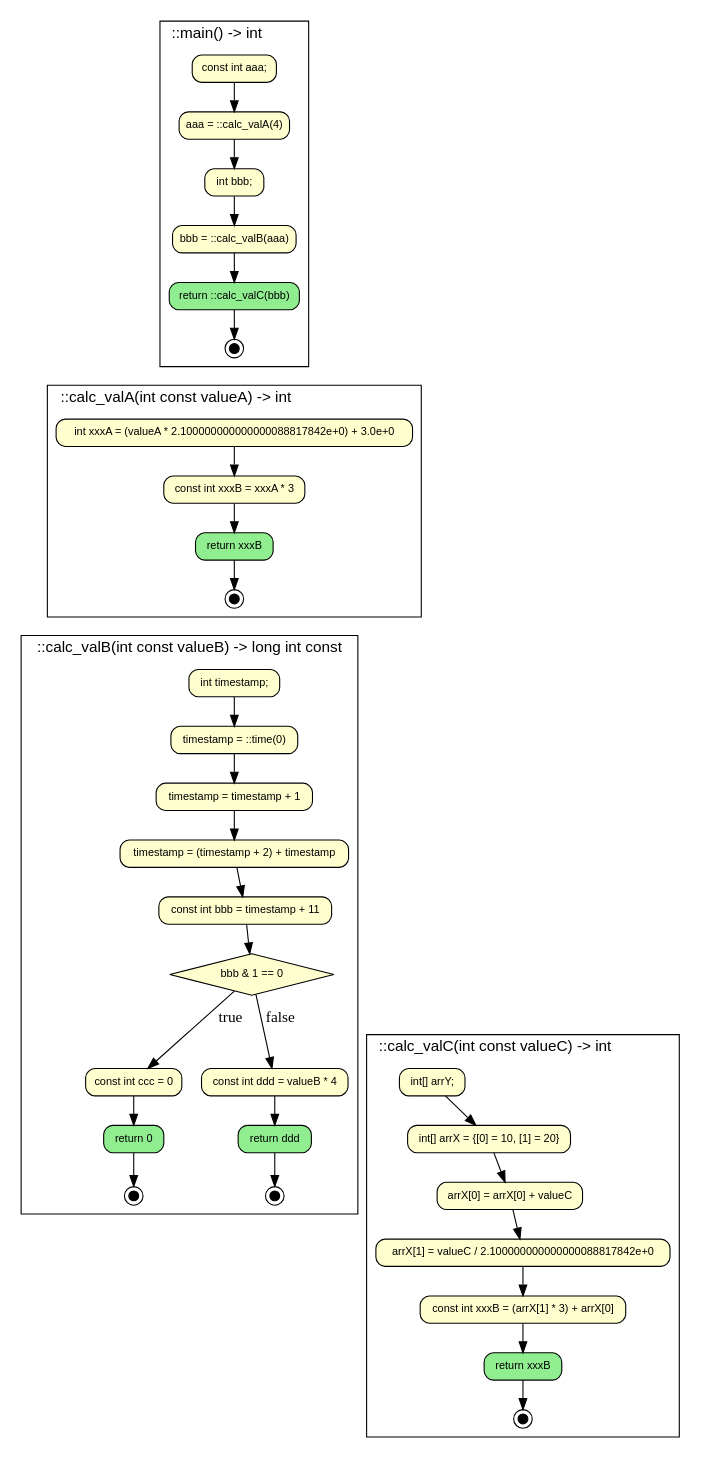
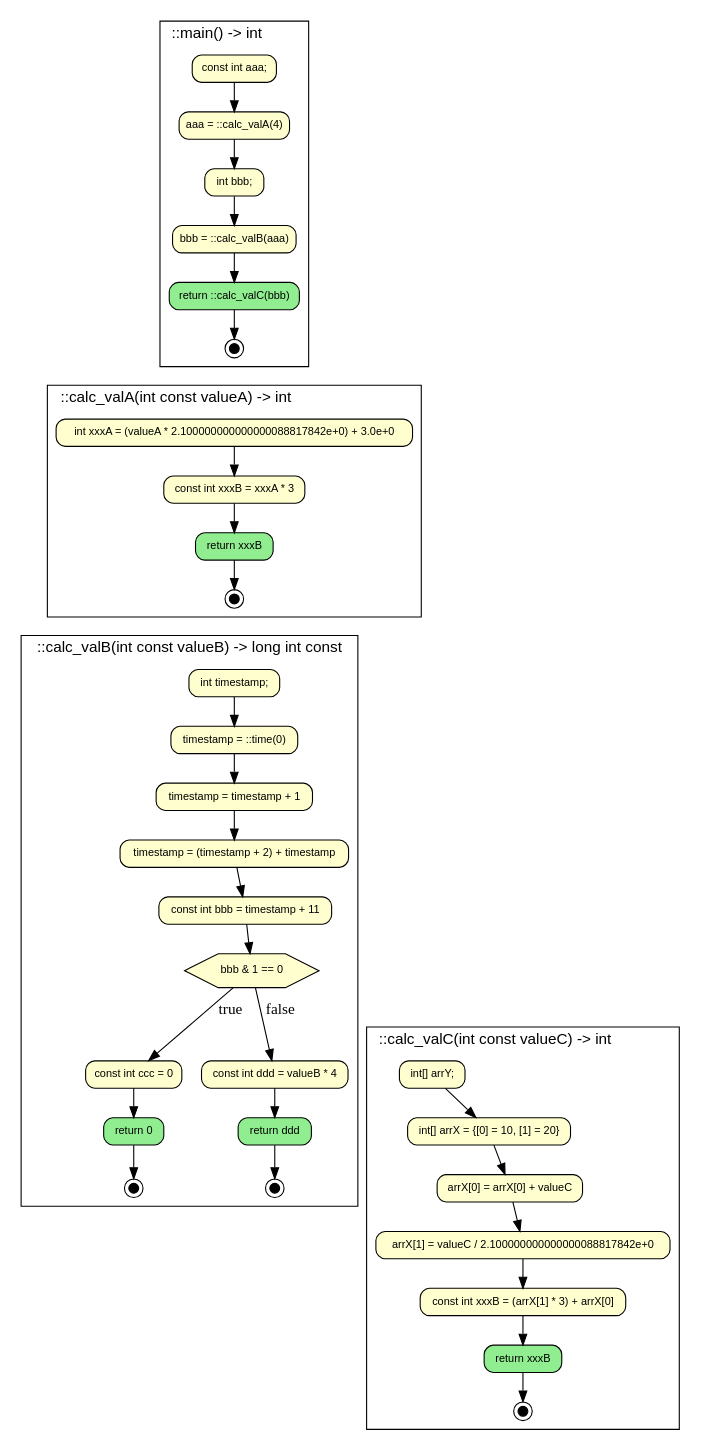
The diagram in examples/ctrlflowgraph/ctrl_main.cpp.dot (anetczuk/gcc-uml), drawn with Graphviz before and after one commit. The commit also changed 10 other files, not shown here.

```diff
--- a/examples/ctrlflowgraph/ctrl_main.cpp.dot
+++ b/examples/ctrlflowgraph/ctrl_main.cpp.dot
@@ -1,73 +1,73 @@
 digraph {
 	fontname="SansSerif,sans-serif" labeljust=l nojustify=true ranksep=0.35
 	node [fillcolor="#fefece" fontname="SansSerif,sans-serif" fontsize=10 height=0.35 shape=box style="filled, rounded"]
 	subgraph cluster_item_0 {
 		graph [label="::main() -> int"]
 		item_1 [label="const int aaa;"]
 		item_2 [label="aaa = ::calc_valA(4)"]
 		item_1 -> item_2
 		item_3 [label="int bbb;"]
 		item_2 -> item_3
 		item_4 [label="bbb = ::calc_valB(aaa)"]
 		item_3 -> item_4
 		item_5 [label="return ::calc_valC(bbb)" fillcolor=lightgreen]
 		item_6 [label="" fillcolor=black fixedsize=true height=0.12 shape=doublecircle size=0.1 width=0.12]
 		item_5 -> item_6
 		item_4 -> item_5
 	}
 	subgraph cluster_item_7 {
 		graph [label="::calc_valA(int const valueA) -> int"]
 		item_8 [label="int xxxA = (valueA * 2.100000000000000088817842e+0) + 3.0e+0"]
 		item_9 [label="const int xxxB = xxxA * 3"]
 		item_8 -> item_9
 		item_10 [label="return xxxB" fillcolor=lightgreen]
 		item_11 [label="" fillcolor=black fixedsize=true height=0.12 shape=doublecircle size=0.1 width=0.12]
 		item_10 -> item_11
 		item_9 -> item_10
 	}
 	item_6 -> item_8 [style=invis]
 	subgraph cluster_item_12 {
 		graph [label="::calc_valB(int const valueB) -> long int const"]
 		item_13 [label="int timestamp;"]
 		item_14 [label="timestamp = ::time(0)"]
 		item_13 -> item_14
 		item_15 [label="timestamp = timestamp + 1"]
 		item_14 -> item_15
 		item_16 [label="timestamp = (timestamp + 2) + timestamp"]
 		item_15 -> item_16
 		item_17 [label="const int bbb = timestamp + 11"]
 		item_16 -> item_17
-		item_18 [label="bbb & 1 == 0" shape=diamond style=filled]
+		item_18 [label="bbb & 1 == 0" shape=hexagon style=filled]
 		item_19 [label="const int ccc = 0"]
 		item_20 [label="return 0" fillcolor=lightgreen]
 		item_21 [label="" fillcolor=black fixedsize=true height=0.12 shape=doublecircle size=0.1 width=0.12]
 		item_20 -> item_21
 		item_19 -> item_20
 		item_22 [label="const int ddd = valueB * 4"]
 		item_23 [label="return ddd" fillcolor=lightgreen]
 		item_24 [label="" fillcolor=black fixedsize=true height=0.12 shape=doublecircle size=0.1 width=0.12]
 		item_23 -> item_24
 		item_22 -> item_23
 		item_18 -> item_19 [label=true]
 		item_18 -> item_22 [label=false]
 		item_17 -> item_18
 	}
 	item_11 -> item_13 [style=invis]
 	subgraph cluster_item_26 {
 		graph [label="::calc_valC(int const valueC) -> int"]
 		item_27 [label="int[] arrY;"]
 		item_28 [label="int[] arrX = {[0] = 10, [1] = 20}"]
 		item_27 -> item_28
 		item_29 [label="arrX[0] = arrX[0] + valueC"]
 		item_28 -> item_29
 		item_30 [label="arrX[1] = valueC / 2.100000000000000088817842e+0"]
 		item_29 -> item_30
 		item_31 [label="const int xxxB = (arrX[1] * 3) + arrX[0]"]
 		item_30 -> item_31
 		item_32 [label="return xxxB" fillcolor=lightgreen]
 		item_33 [label="" fillcolor=black fixedsize=true height=0.12 shape=doublecircle size=0.1 width=0.12]
 		item_32 -> item_33
 		item_31 -> item_32
 	}
 	item_18 -> item_27 [style=invis]
 }
```
